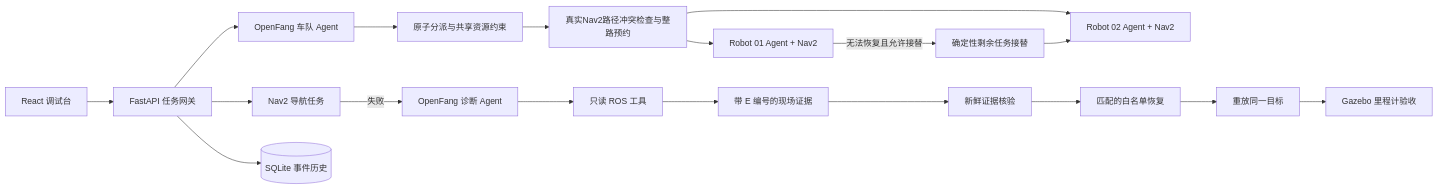
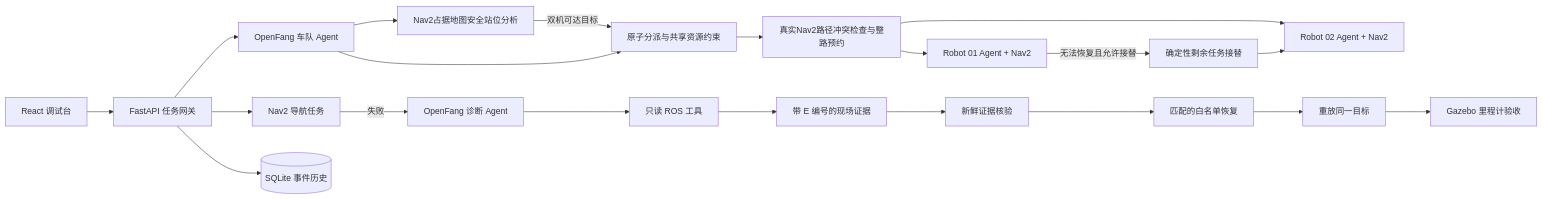
The diagram in README.zh-CN.md (SeeWhy-star/robot-debug-lab), drawn with Mermaid before and after one commit. The commit also changed other lines of this file and 14 other files, not shown here.

Commit message:
Add map-grounded fleet spatial planning

````diff
--- a/README.zh-CN.md
+++ b/README.zh-CN.md
@@ -44,20 +54,22 @@
 ```mermaid
 flowchart LR
   UI[React 调试台] --> API[FastAPI 任务网关]
   API --> Nav2[Nav2 导航任务]
   API --> Fleet[OpenFang 车队 Agent]
+  Fleet --> Spatial[Nav2占据地图安全站位分析]
+  Spatial -->|双机可达目标| Batch
   Fleet --> Batch[原子分派与共享资源约束]
   Batch --> Traffic[真实Nav2路径冲突检查与整路预约]
   Traffic --> R1[Robot 01 Agent + Nav2]
   Traffic --> R2[Robot 02 Agent + Nav2]
   R1 -->|无法恢复且允许接替| Handoff[确定性剩余任务接替]
   Handoff --> R2
   Nav2 -->|失败| Agent[OpenFang 诊断 Agent]
   Agent --> Tools[只读 ROS 工具]
   Tools --> Evidence[带 E 编号的现场证据]
   Evidence --> Guard[新鲜证据核验]
   Guard --> Repair[匹配的白名单恢复]
   Repair --> Replay[重放同一目标]
   Replay --> Odom[Gazebo 里程计验收]
   API --> DB[(SQLite 事件历史)]
 ```
````
